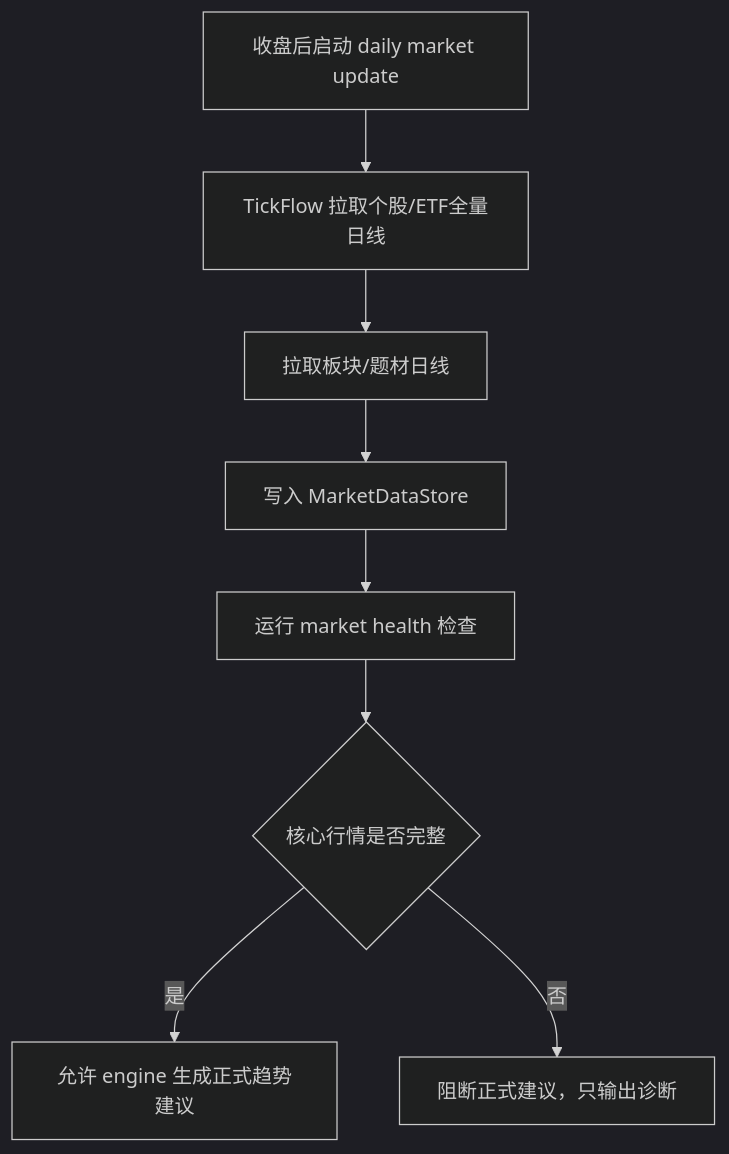
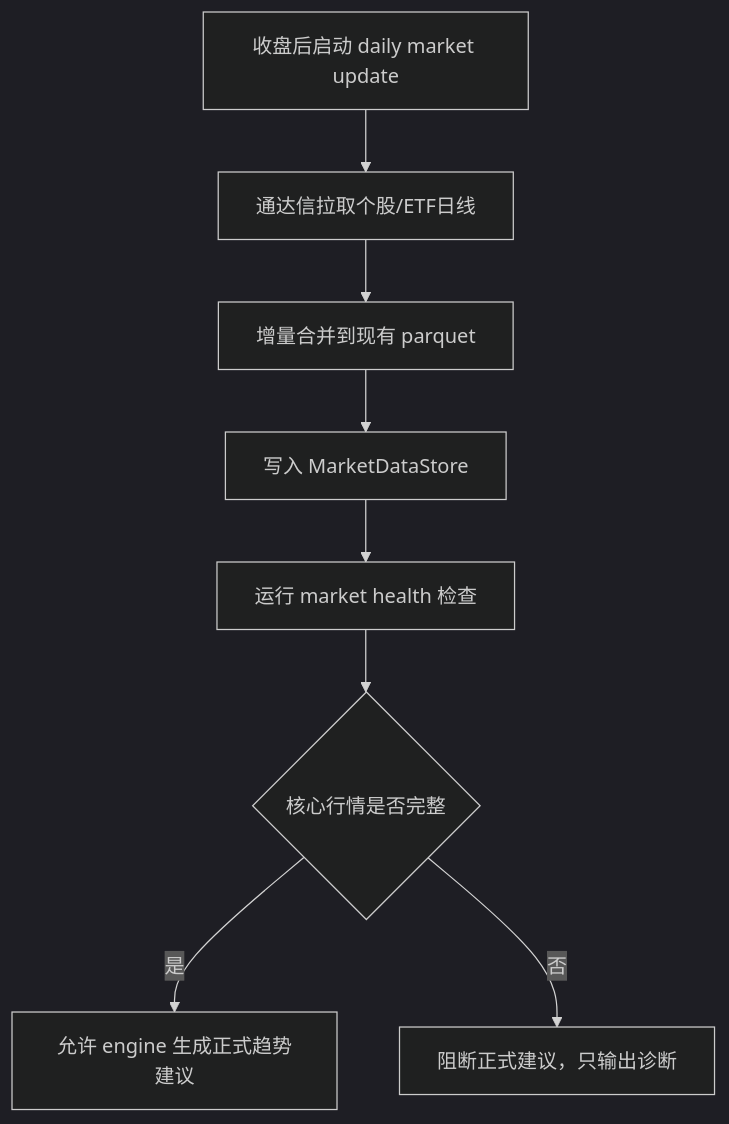
The first of 2 diagrams in v2/doc/data_management_design.md (liuliang1986618/TFS--Trend_Following_System), drawn with Mermaid (dark theme) before and after one commit. The commit also changed other lines of this file and 30 other files, not shown here.

````diff
--- a/v2/doc/data_management_design.md
+++ b/v2/doc/data_management_design.md
@@ -254,10 +298,10 @@
 ```mermaid
 flowchart TD
-    A[收盘后启动 daily market update] --> B[TickFlow 拉取个股/ETF全量日线]
-    B --> C[拉取板块/题材日线]
+    A[收盘后启动 daily market update] --> B[通达信拉取个股/ETF日线]
+    B --> C[增量合并到现有 parquet]
     C --> D[写入 MarketDataStore]
     D --> E[运行 market health 检查]
     E --> F{核心行情是否完整}
     F -->|是| G[允许 engine 生成正式趋势建议]
     F -->|否| H[阻断正式建议，只输出诊断]
 ```
````
